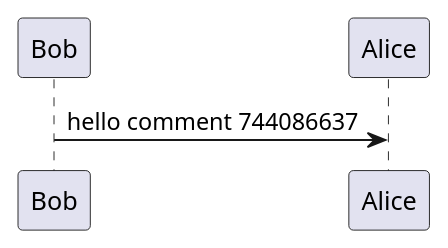
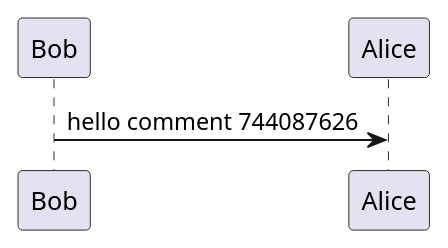
One commit to holowinski/plantuml-github-action changed the diagram in examples/sequence.puml. Above: the diagram before and after it, drawn with PlantUML. The commit also changed 1 other file, not shown here.

Commit message:
Regenerated example diagram - new comment received

```diff
--- a/examples/sequence.puml
+++ b/examples/sequence.puml
@@ -1,3 +1,3 @@
 @startuml
-Bob->Alice : hello comment 744086637
+Bob->Alice : hello comment 744087626
 @enduml
```
